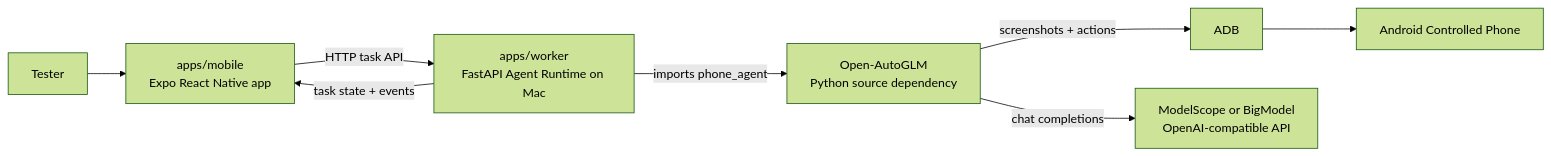
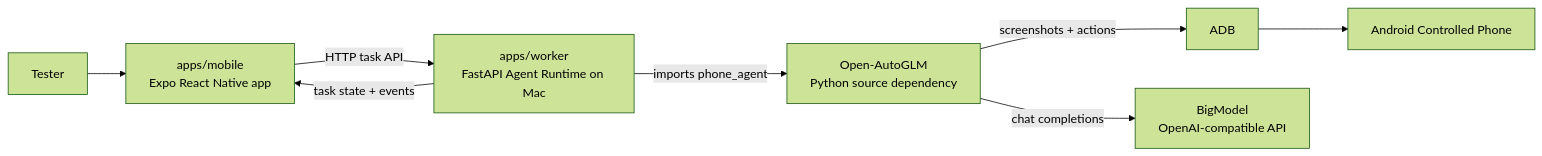
The diagram in README.md (SawanaLabs/phone-automation-agent), drawn with Mermaid (forest theme) before and after one commit. The commit also changed other lines of this file and 18 other files, not shown here.

Commit message:
feat(model): add BigModel endpoint presets

````diff
--- a/README.md
+++ b/README.md
@@ -73,18 +73,18 @@
 ```mermaid
 flowchart LR
   Tester["Tester"]
   Mobile["apps/mobile\nExpo React Native app"]
   Worker["apps/worker\nFastAPI Agent Runtime on Mac"]
   OAG["Open-AutoGLM\nPython source dependency"]
   ADB["ADB"]
   Phone["Android Controlled Phone"]
-  Model["ModelScope or BigModel\nOpenAI-compatible API"]
+  Model["BigModel\nOpenAI-compatible API"]
 
   Tester --> Mobile
   Mobile -->|"HTTP task API"| Worker
   Worker -->|"imports phone_agent"| OAG
   OAG -->|"screenshots + actions"| ADB
   ADB --> Phone
   OAG -->|"chat completions"| Model
   Worker -->|"task state + events"| Mobile
 ```
````
